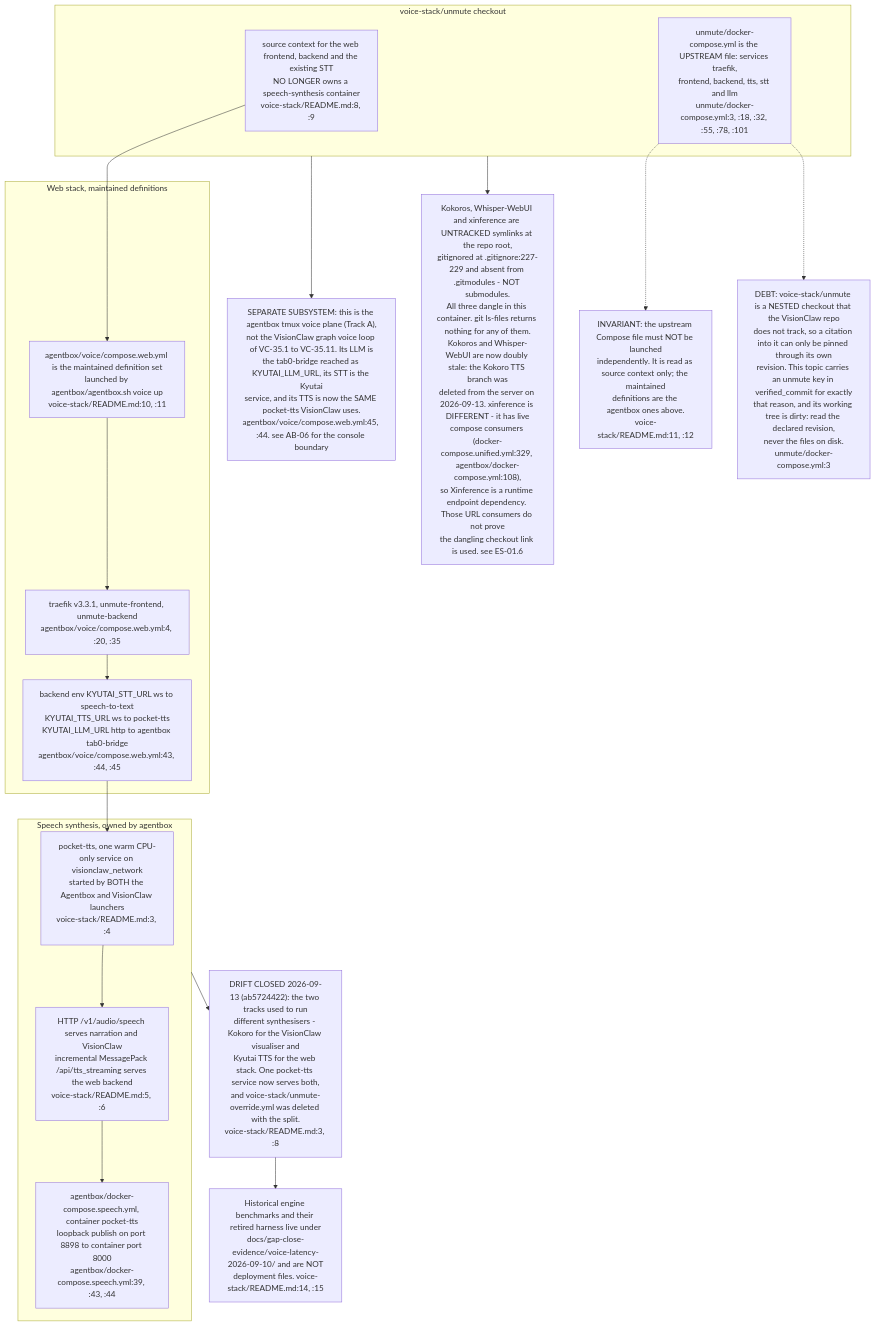
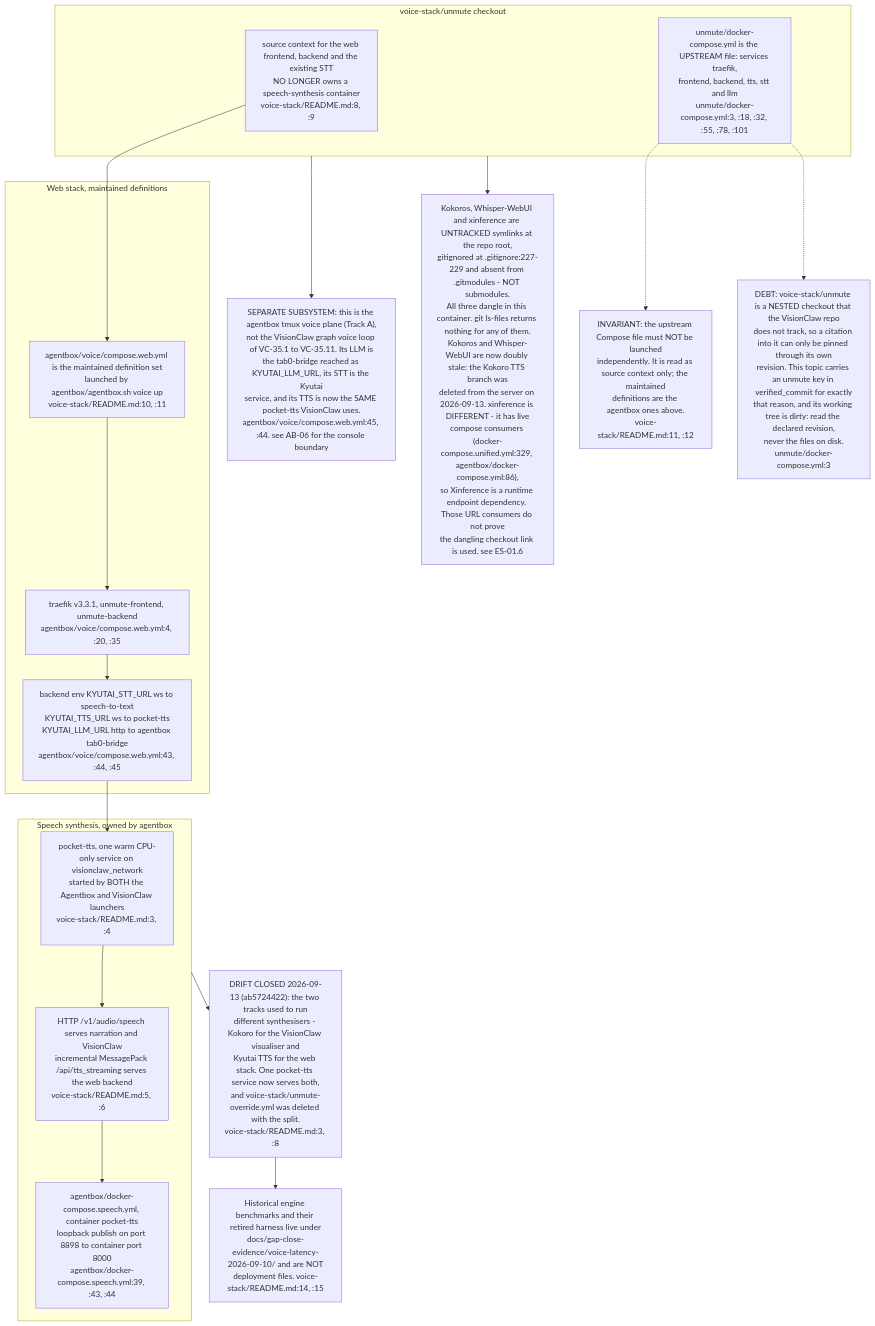
Before and after one commit to DreamLab-AI/VisionFlow: the tenth of 12 diagrams in docs/diagrams/visionclaw/35-voice-end-to-end.md, drawn with Mermaid. The commit also changed other lines of this file and 94 other files, not shown here.

First line of the commit message:
docs(diagrams): re-verify 130 topics against 2 October HEADs

````diff
--- a/docs/diagrams/visionclaw/35-voice-end-to-end.md
+++ b/docs/diagrams/visionclaw/35-voice-end-to-end.md
@@ -475,33 +475,33 @@
 ```mermaid
 flowchart TB
     subgraph owned["Speech synthesis, owned by agentbox"]
         P1["pocket-tts, one warm CPU-only service on visionclaw_network<br/>started by BOTH the Agentbox and VisionClaw launchers<br/>voice-stack/README.md:3, :4"]
         P2["HTTP /v1/audio/speech serves narration and VisionClaw<br/>incremental MessagePack /api/tts_streaming serves the web backend<br/>voice-stack/README.md:5, :6"]
         P3["agentbox/docker-compose.speech.yml, container pocket-tts<br/>loopback publish on port 8898 to container port 8000<br/>agentbox/docker-compose.speech.yml:39, :43, :44"]
     end
     subgraph web["Web stack, maintained definitions"]
         W1["agentbox/voice/compose.web.yml is the maintained definition set<br/>launched by agentbox/agentbox.sh voice up<br/>voice-stack/README.md:10, :11"]
         W2["traefik v3.3.1, unmute-frontend, unmute-backend<br/>agentbox/voice/compose.web.yml:4, :20, :35"]
         W3["backend env KYUTAI_STT_URL ws to speech-to-text<br/>KYUTAI_TTS_URL ws to pocket-tts<br/>KYUTAI_LLM_URL http to agentbox tab0-bridge<br/>agentbox/voice/compose.web.yml:43, :44, :45"]
     end
     subgraph legacy["voice-stack/unmute checkout"]
         U1["source context for the web frontend, backend and the existing STT<br/>NO LONGER owns a speech-synthesis container<br/>voice-stack/README.md:8, :9"]
         U2["unmute/docker-compose.yml is the UPSTREAM file: services traefik,<br/>frontend, backend, tts, stt and llm<br/>unmute/docker-compose.yml:3, :18, :32, :55, :78, :101"]
     end
     P1 --> P2 --> P3
     W1 --> W2 --> W3
     W3 --> P1
     U1 --> W1
     U2 -.-> INV
     INV["INVARIANT: the upstream Compose file must NOT be launched<br/>independently. It is read as source context only; the maintained<br/>definitions are the agentbox ones above.<br/>voice-stack/README.md:11, :12"]
     U2 -.-> UNPIN
     UNPIN["DEBT: voice-stack/unmute is a NESTED checkout that the VisionClaw repo<br/>does not track, so a citation into it can only be pinned through its own<br/>revision. This topic carries an unmute key in verified_commit for exactly<br/>that reason, and its working tree is dirty: read the declared revision,<br/>never the files on disk.<br/>unmute/docker-compose.yml:3"]
     legacy --> SEP
     SEP["SEPARATE SUBSYSTEM: this is the agentbox tmux voice plane (Track A),<br/>not the VisionClaw graph voice loop of VC-35.1 to VC-35.11. Its LLM is<br/>the tab0-bridge reached as KYUTAI_LLM_URL, its STT is the Kyutai<br/>service, and its TTS is now the SAME pocket-tts VisionClaw uses.<br/>agentbox/voice/compose.web.yml:45, :44. see AB-06 for the console boundary"]
     owned --> CONV
     CONV["DRIFT CLOSED 2026-09-13 (ab5724422): the two tracks used to run<br/>different synthesisers - Kokoro for the VisionClaw visualiser and<br/>Kyutai TTS for the web stack. One pocket-tts service now serves both,<br/>and voice-stack/unmute-override.yml was deleted with the split.<br/>voice-stack/README.md:3, :8"]
-    DIV["Kokoros, Whisper-WebUI and xinference are UNTRACKED symlinks at the repo root,<br/>gitignored at .gitignore:227-229 and absent from .gitmodules - NOT submodules.<br/>All three dangle in this container. git ls-files returns nothing for any of them.<br/>Kokoros and Whisper-WebUI are now doubly stale: the Kokoro TTS branch was<br/>deleted from the server on 2026-09-13. xinference is DIFFERENT - it has live<br/>compose consumers (docker-compose.unified.yml:329, agentbox/docker-compose.yml:108),<br/>so Xinference is a runtime endpoint dependency. Those URL consumers do not prove<br/>the dangling checkout link is used. see ES-01.6"]
+    DIV["Kokoros, Whisper-WebUI and xinference are UNTRACKED symlinks at the repo root,<br/>gitignored at .gitignore:227-229 and absent from .gitmodules - NOT submodules.<br/>All three dangle in this container. git ls-files returns nothing for any of them.<br/>Kokoros and Whisper-WebUI are now doubly stale: the Kokoro TTS branch was<br/>deleted from the server on 2026-09-13. xinference is DIFFERENT - it has live<br/>compose consumers (docker-compose.unified.yml:329, agentbox/docker-compose.yml:86),<br/>so Xinference is a runtime endpoint dependency. Those URL consumers do not prove<br/>the dangling checkout link is used. see ES-01.6"]
     legacy --> DIV
     HIST["Historical engine benchmarks and their retired harness live under<br/>docs/gap-close-evidence/voice-latency-2026-09-10/ and are NOT<br/>deployment files. voice-stack/README.md:14, :15"]
     CONV --> HIST
 ```
````
